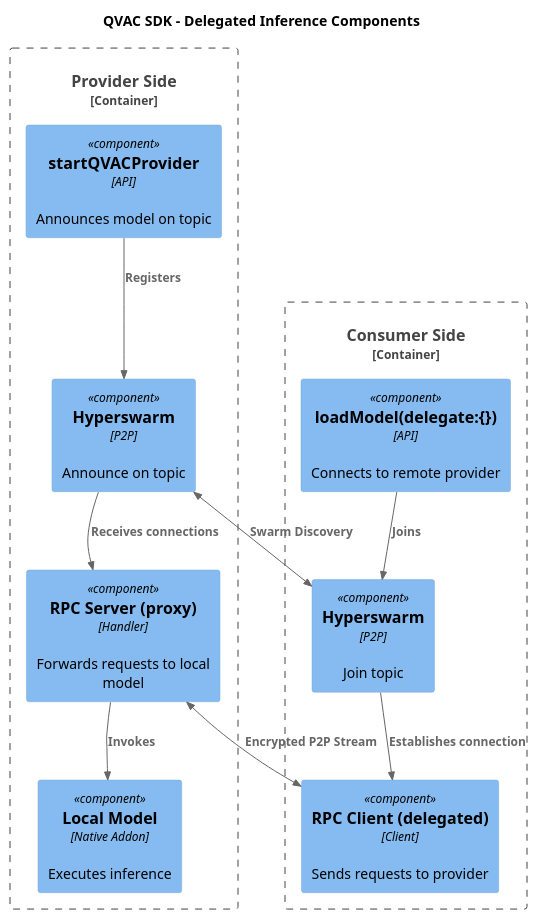
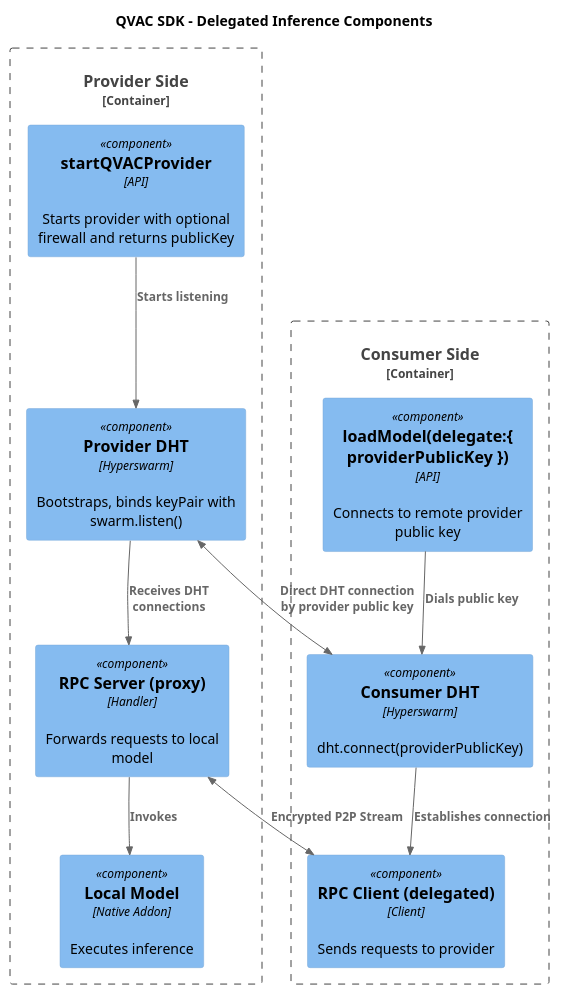
The diagram in docs/architecture/puml/09-delegated-inference.puml (Zbig9000/qvac), drawn with PlantUML before and after one commit. The commit also changed 20 other files, not shown here.

First line of the commit message:
doc[notask]: actualize SDK architecture docs (#3878)

```diff
--- a/docs/architecture/puml/09-delegated-inference.puml
+++ b/docs/architecture/puml/09-delegated-inference.puml
@@ -1,29 +1,29 @@
 @startuml
 !include <C4/C4_Component>
 
 title QVAC SDK - Delegated Inference Components
 
 Container_Boundary(provider, "Provider Side") {
-    Component(start_provider, "startQVACProvider", "API", "Announces model on topic")
-    Component(swarm_p, "Hyperswarm", "P2P", "Announce on topic")
+    Component(start_provider, "startQVACProvider", "API", "Starts provider with optional firewall and returns publicKey")
+    Component(dht_p, "Provider DHT", "Hyperswarm", "Bootstraps, binds keyPair with swarm.listen()")
     Component(rpc_proxy, "RPC Server (proxy)", "Handler", "Forwards requests to local model")
     Component(local_model, "Local Model", "Native Addon", "Executes inference")
 }
 
 Container_Boundary(consumer, "Consumer Side") {
-    Component(load_model, "loadModel(delegate:{})", "API", "Connects to remote provider")
-    Component(swarm_c, "Hyperswarm", "P2P", "Join topic")
+    Component(load_model, "loadModel(delegate:{ providerPublicKey })", "API", "Connects to remote provider public key")
+    Component(dht_c, "Consumer DHT", "Hyperswarm", "dht.connect(providerPublicKey)")
     Component(rpc_delegated, "RPC Client (delegated)", "Client", "Sends requests to provider")
 }
 
-Rel(start_provider, swarm_p, "Registers")
-Rel(swarm_p, rpc_proxy, "Receives connections")
+Rel(start_provider, dht_p, "Starts listening")
+Rel(dht_p, rpc_proxy, "Receives DHT connections")
 Rel(rpc_proxy, local_model, "Invokes")
 
-Rel(load_model, swarm_c, "Joins")
-Rel(swarm_c, rpc_delegated, "Establishes connection")
+Rel(load_model, dht_c, "Dials public key")
+Rel(dht_c, rpc_delegated, "Establishes connection")
 
-BiRel(swarm_p, swarm_c, "Swarm Discovery")
+BiRel(dht_p, dht_c, "Direct DHT connection by provider public key")
 BiRel(rpc_proxy, rpc_delegated, "Encrypted P2P Stream")
 
 @enduml
```
